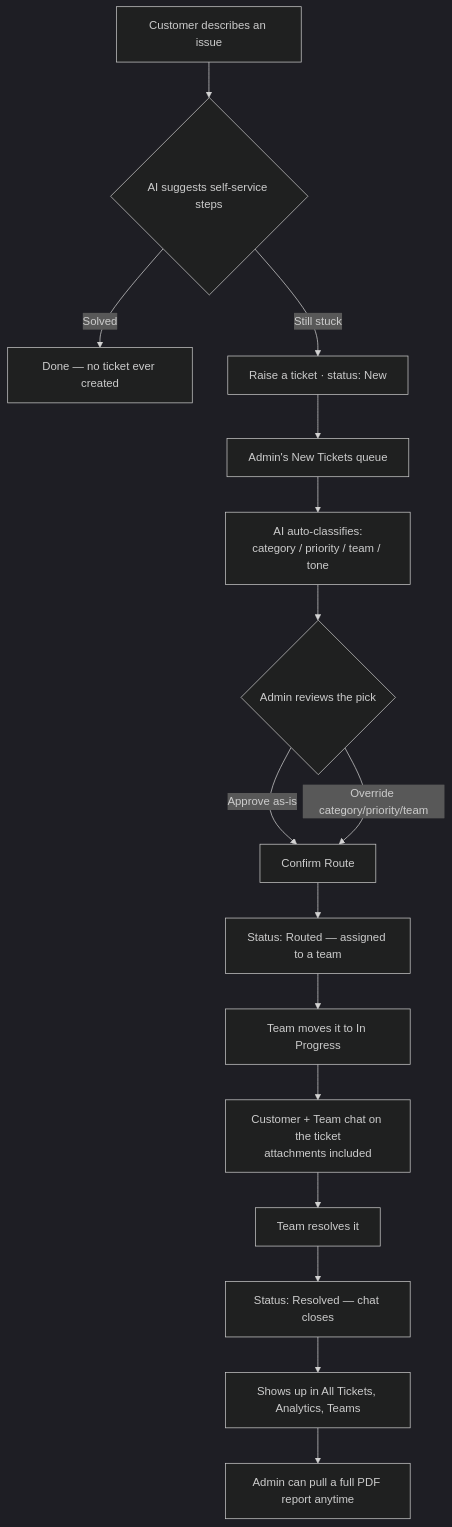
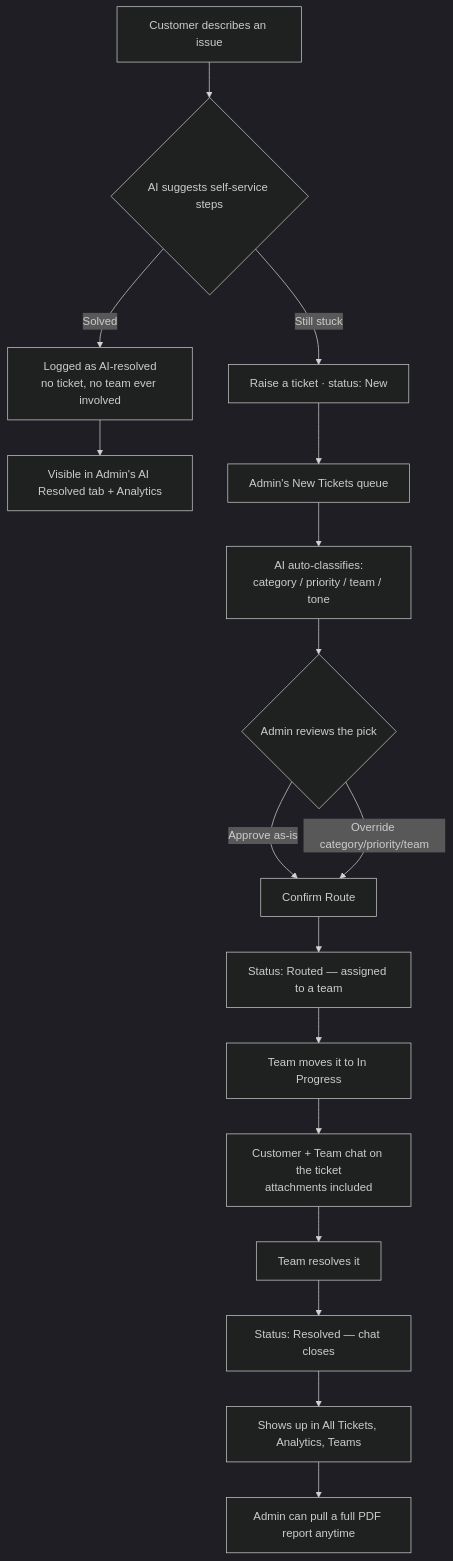
Before and after one commit to MadhuraCalfus/TicketTrident-Route-Smarter.-Resolve-Faster.: the diagram in README.md, drawn with Mermaid (dark theme). The commit also changed other lines of this file, not shown here.

````diff
--- a/README.md
+++ b/README.md
@@ -114,18 +115,19 @@
 ```mermaid
 flowchart TD
     A["Customer describes an issue"] --> B{"AI suggests self-service steps"}
-    B -->|"Solved"| C["Done — no ticket ever created"]
+    B -->|"Solved"| C["Logged as AI-resolved\nno ticket, no team ever involved"]
+    C --> P["Visible in Admin's AI Resolved tab + Analytics"]
     B -->|"Still stuck"| D["Raise a ticket · status: New"]
     D --> E["Admin's New Tickets queue"]
     E --> F["AI auto-classifies:\ncategory / priority / team / tone"]
     F --> G{"Admin reviews the pick"}
     G -->|"Approve as-is"| H["Confirm Route"]
     G -->|"Override category/priority/team"| H
     H --> I["Status: Routed — assigned to a team"]
     I --> J["Team moves it to In Progress"]
     J --> K["Customer + Team chat on the ticket\nattachments included"]
     K --> L["Team resolves it"]
     L --> M["Status: Resolved — chat closes"]
     M --> N["Shows up in All Tickets, Analytics, Teams"]
     N --> O["Admin can pull a full PDF report anytime"]
 ```
````
